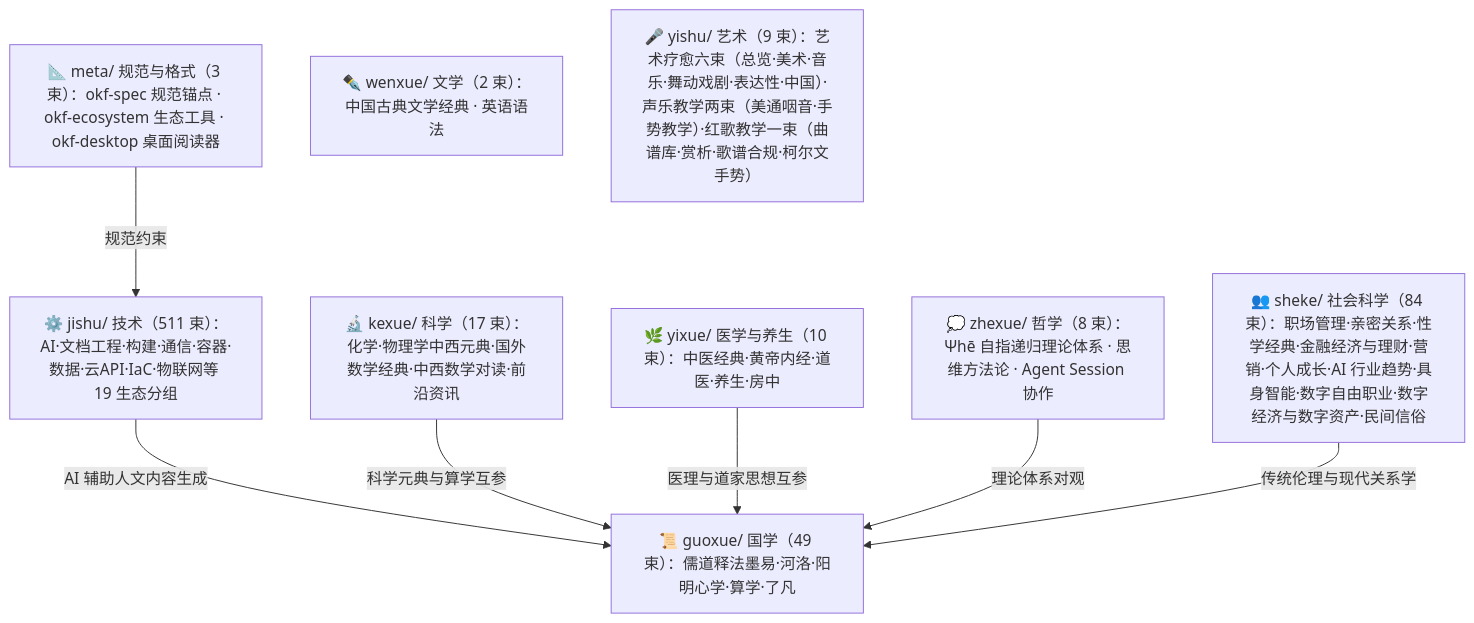
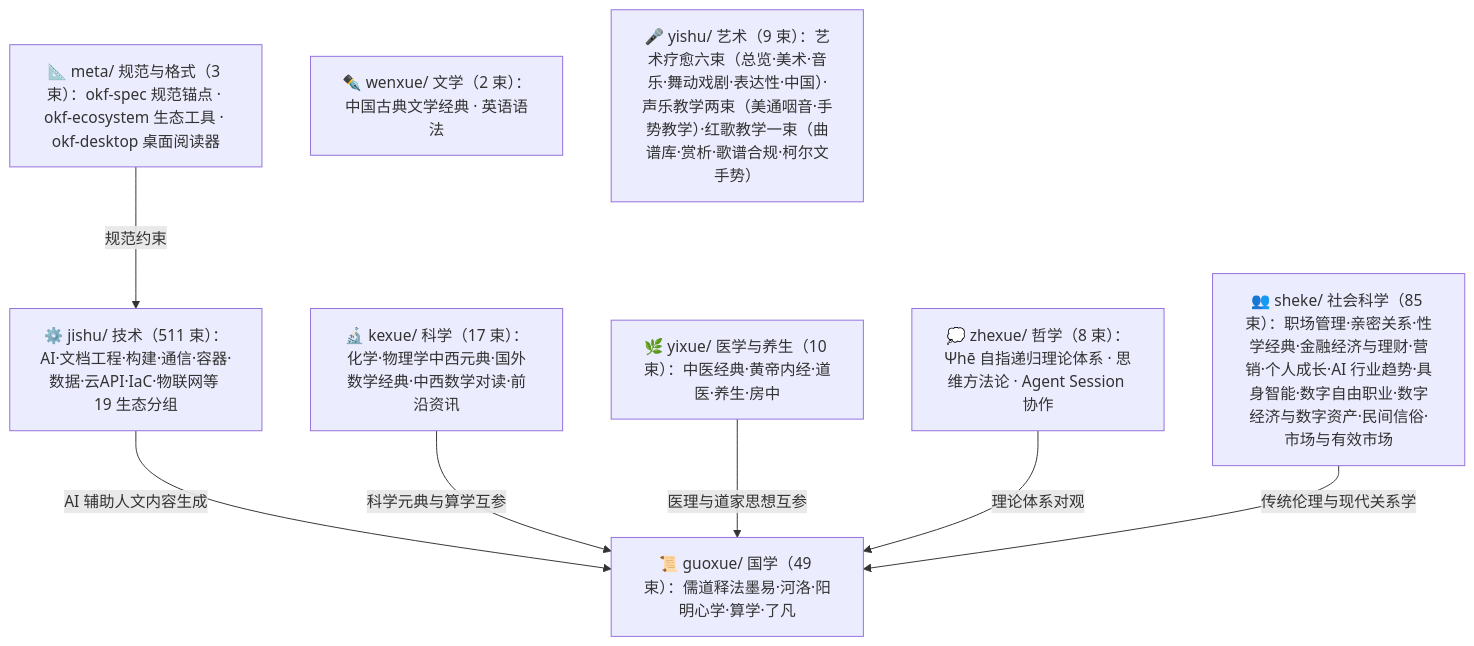
The diagram in doc/bundles/index.md (awesome-flexloop/awesome-okf), drawn with Mermaid before and after one commit. The commit also changed other lines of this file and 24 other files, not shown here.

````diff
--- a/doc/bundles/index.md
+++ b/doc/bundles/index.md
@@ -21,18 +21,18 @@
 ```mermaid
 flowchart TD
     meta["📐 meta/ 规范与格式（3 束）：okf-spec 规范锚点 · okf-ecosystem 生态工具 · okf-desktop 桌面阅读器"]
     guoxue["📜 guoxue/ 国学（49 束）：儒道释法墨易·河洛·阳明心学·算学·了凡"]
     zhexue["💭 zhexue/ 哲学（8 束）：Ψhē 自指递归理论体系 · 思维方法论 · Agent Session 协作"]
     kexue["🔬 kexue/ 科学（17 束）：化学·物理学中西元典·国外数学经典·中西数学对读·前沿资讯"]
     wenxue["✒️ wenxue/ 文学（2 束）：中国古典文学经典 · 英语语法"]
     yixue["🌿 yixue/ 医学与养生（10 束）：中医经典·黄帝内经·道医·养生·房中"]
-    sheke["👥 sheke/ 社会科学（84 束）：职场管理·亲密关系·性学经典·金融经济与理财·营销·个人成长·AI 行业趋势·具身智能·数字自由职业·数字经济与数字资产·民间信俗"]
+    sheke["👥 sheke/ 社会科学（85 束）：职场管理·亲密关系·性学经典·金融经济与理财·营销·个人成长·AI 行业趋势·具身智能·数字自由职业·数字经济与数字资产·民间信俗·市场与有效市场"]
     yishu["🎤 yishu/ 艺术（9 束）：艺术疗愈六束（总览·美术·音乐·舞动戏剧·表达性·中国）·声乐教学两束（美通咽音·手势教学）·红歌教学一束（曲谱库·赏析·歌谱合规·柯尔文手势）"]
     jishu["⚙️ jishu/ 技术（511 束）：AI·文档工程·构建·通信·容器·数据·云API·IaC·物联网等 19 生态分组"]
     meta -->|"规范约束"| jishu
     jishu -->|"AI 辅助人文内容生成"| guoxue
     kexue -->|"科学元典与算学互参"| guoxue
     yixue -->|"医理与道家思想互参"| guoxue
     zhexue -->|"理论体系对观"| guoxue
     sheke -->|"传统伦理与现代关系学"| guoxue
 ```
````
